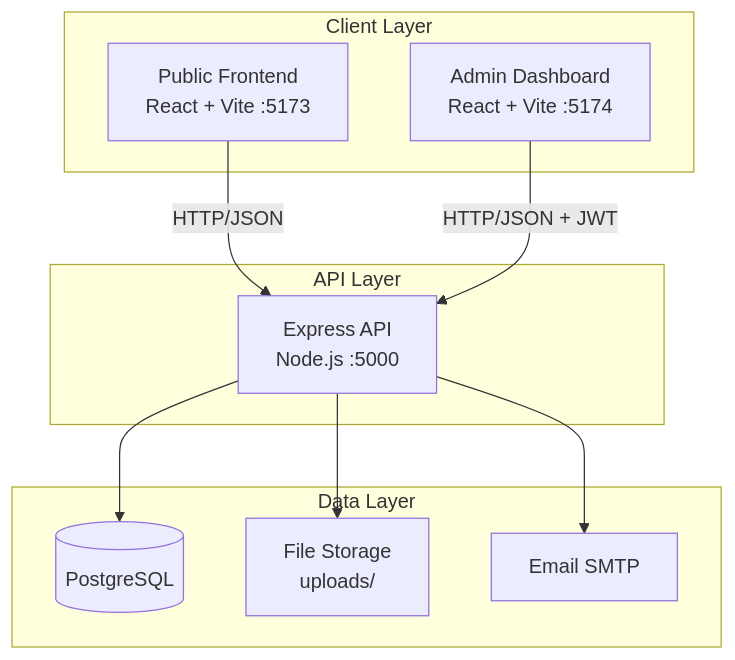
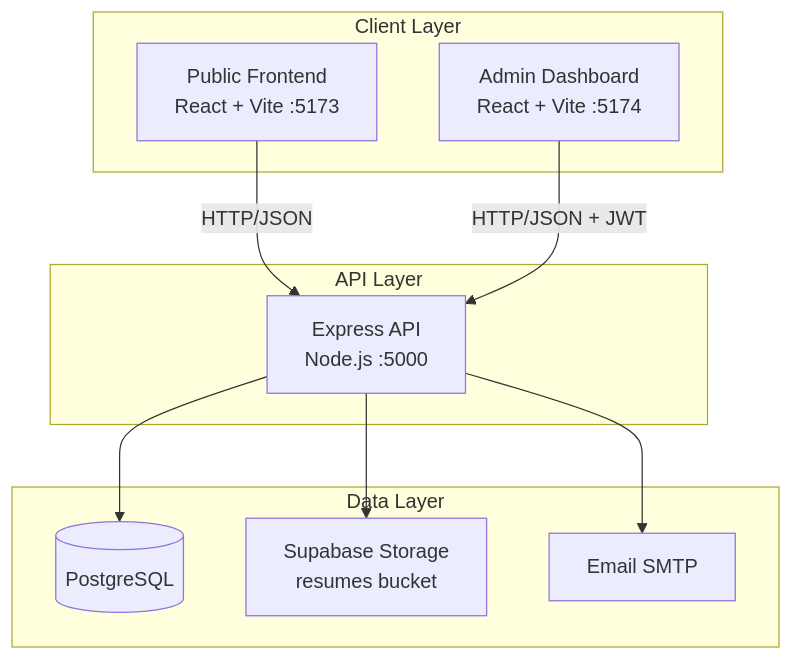
One commit to yashrsb/portfolio-website changed the first of 13 diagrams in docs/architecture.md. Above: the diagram before and after it, drawn with Mermaid. The commit also changed 14 other files, not shown here.

First line of the commit message:
feat(storage): add Supabase storage provider for production resume files

````diff
--- a/docs/architecture.md
+++ b/docs/architecture.md
@@ -7,23 +7,23 @@
 ```mermaid
 graph TB
     subgraph Client["Client Layer"]
         F[Public Frontend<br/>React + Vite :5173]
         A[Admin Dashboard<br/>React + Vite :5174]
     end
 
     subgraph API["API Layer"]
         B[Express API<br/>Node.js :5000]
     end
 
     subgraph Data["Data Layer"]
         DB[(PostgreSQL)]
-        FS[File Storage<br/>uploads/]
+        FS[Supabase Storage<br/>resumes bucket]
         E[Email SMTP]
     end
 
     F -->|HTTP/JSON| B
     A -->|HTTP/JSON + JWT| B
     B --> DB
     B --> FS
     B --> E
 ```
````
